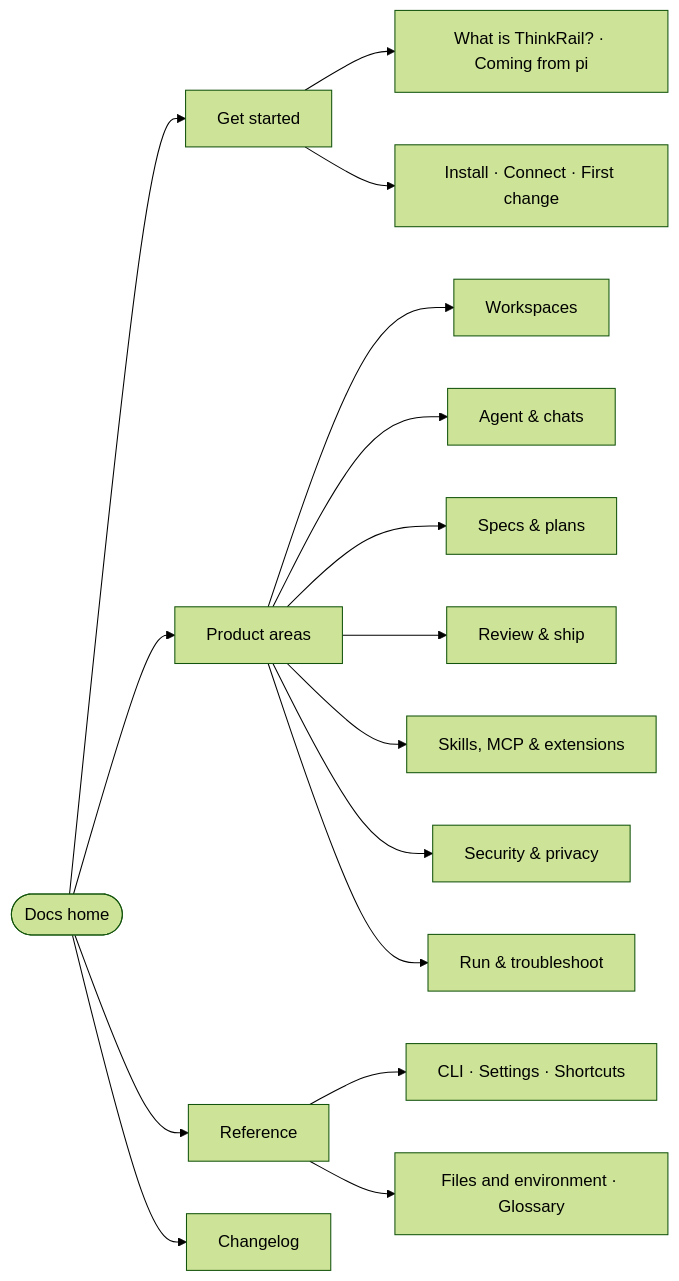
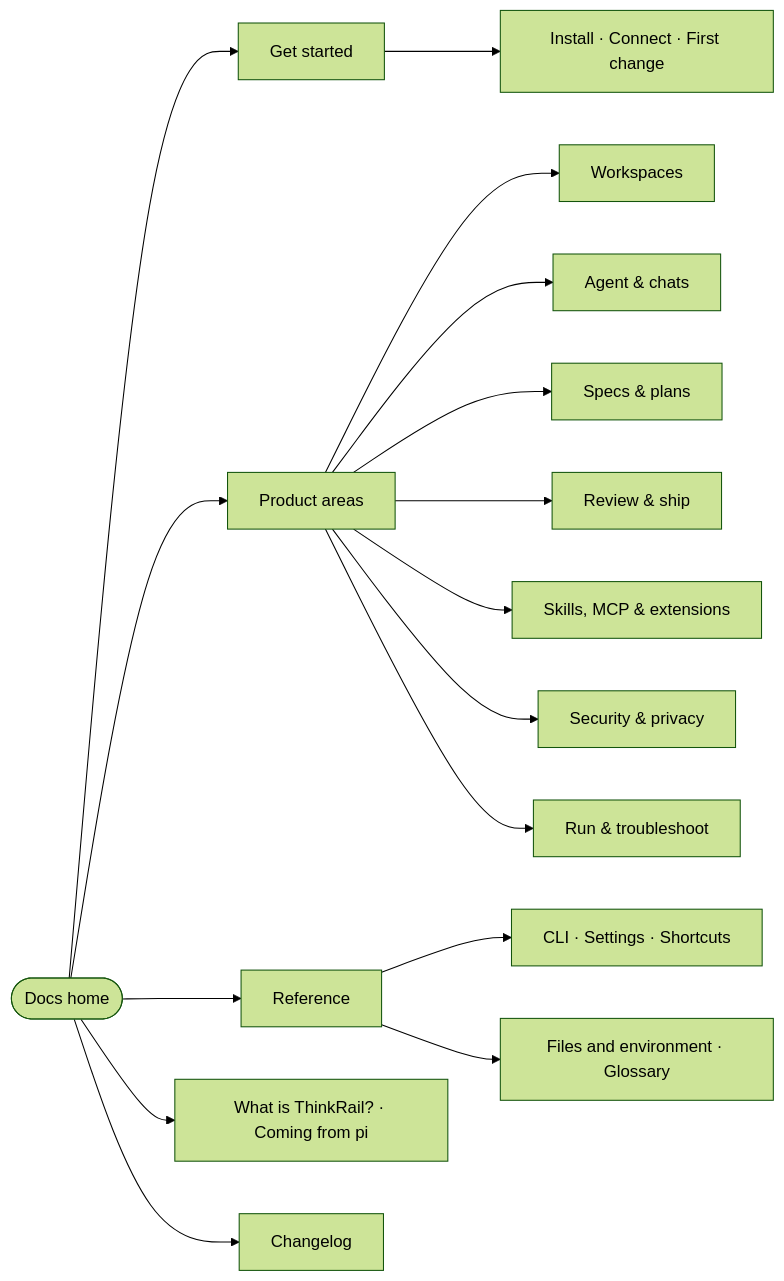
Before and after one commit to HadesArchitect/thinkrail: the diagram in docs/about-these-docs/information-architecture.md, drawn with Mermaid (forest theme). The commit also changed other lines of this file and 2 other files, not shown here.

Commit message:
docs: move the home page, What is ThinkRail?, and Coming from pi to the top of the navigation

````diff
--- a/docs/about-these-docs/information-architecture.md
+++ b/docs/about-these-docs/information-architecture.md
@@ -50,21 +51,21 @@
 ```mermaid
 flowchart LR
     home([Docs home]) --> GS[Get started]
     home --> map[Product areas]
     home --> R[Reference]
+    home --> E[What is ThinkRail? · Coming from pi]
     home --> C[Changelog]
 
-    GS --> g1[What is ThinkRail? · Coming from pi]
-    GS --> g2[Install · Connect · First change]
+    GS --> g1[Install · Connect · First change]
 
     map --> a1[Workspaces]
     map --> a2[Agent & chats]
     map --> a3[Specs & plans]
     map --> a4[Review & ship]
     map --> a5[Skills, MCP & extensions]
     map --> a6[Security & privacy]
     map --> a7[Run & troubleshoot]
 
     R --> r1[CLI · Settings · Shortcuts]
     R --> r2[Files and environment · Glossary]
 ```
````
